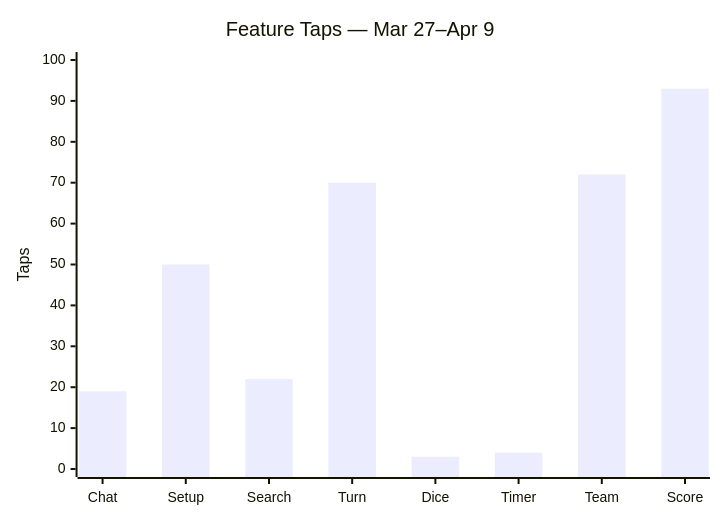
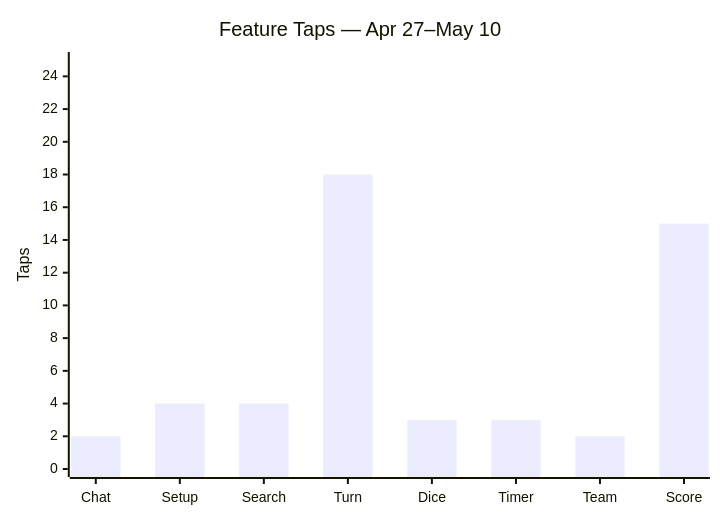
Before and after one commit to thrustCoder/gamer-uncle: the third of 3 diagrams in docs/telemetry/usage_analytics.md, drawn with Mermaid. The commit also changed other lines of this file and 50 other files, not shown here.

````diff
--- a/docs/telemetry/usage_analytics.md
+++ b/docs/telemetry/usage_analytics.md
@@ -137,7 +152,7 @@
 ```mermaid
 xychart-beta
-    title "Feature Taps — Mar 27–Apr 9"
+    title "Feature Taps — Apr 27–May 10"
     x-axis ["Chat", "Setup", "Search", "Turn", "Dice", "Timer", "Team", "Score"]
-    y-axis "Taps" 0 --> 100
-    bar [19, 50, 22, 70, 3, 4, 72, 93]
+    y-axis "Taps" 0 --> 25
+    bar [2, 4, 4, 18, 3, 3, 2, 15]
 ```
````
